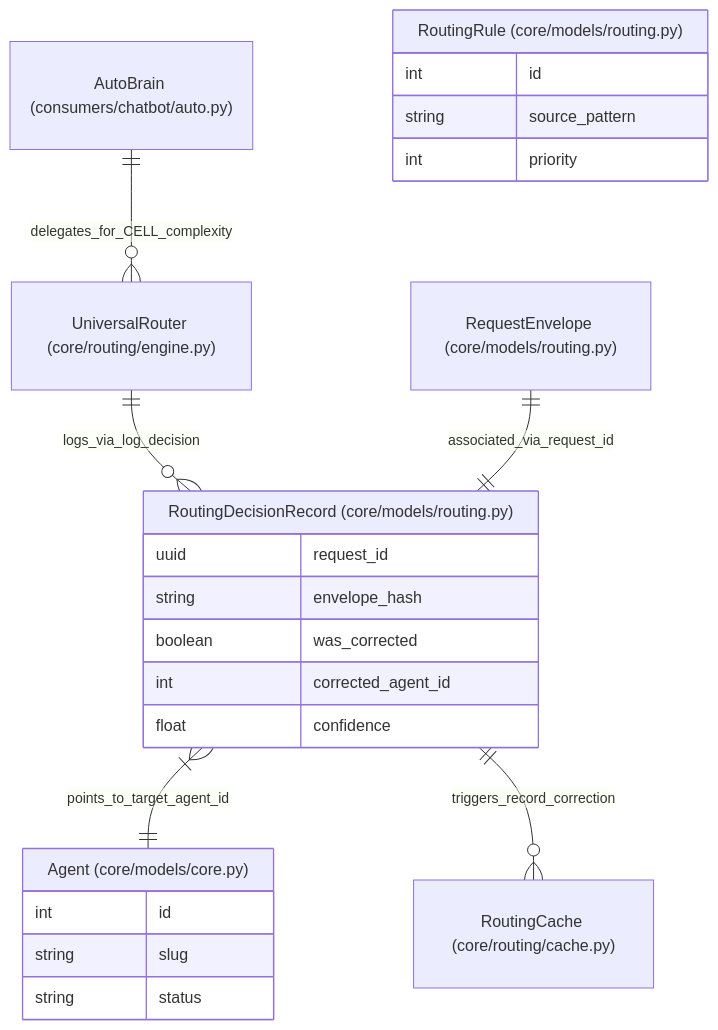
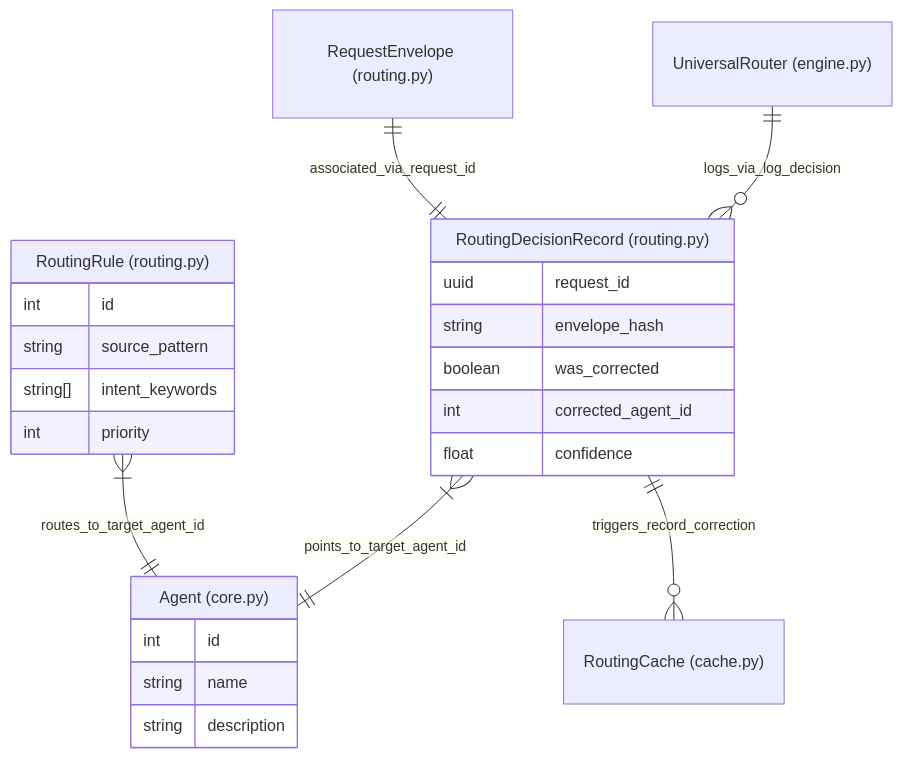
Before and after one commit to AutomatosAI/automatos-ai: the second of 2 diagrams in docs/universal-router/routing-corrections-learning.md, drawn with Mermaid. The commit also changed other lines of this file and 153 other files, not shown here.

````diff
--- a/docs/universal-router/routing-corrections-learning.md
+++ b/docs/universal-router/routing-corrections-learning.md
@@ -199,28 +166,29 @@
 ```mermaid
 erDiagram
-    "UniversalRouter (core/routing/engine.py)" ||--o{ "RoutingDecisionRecord (core/models/routing.py)" : "logs_via_log_decision"
-    "RoutingDecisionRecord (core/models/routing.py)" }|--|| "Agent (core/models/core.py)" : "points_to_target_agent_id"
-    "RoutingDecisionRecord (core/models/routing.py)" ||--o{ "RoutingCache (core/routing/cache.py)" : "triggers_record_correction"
-    "AutoBrain (consumers/chatbot/auto.py)" ||--o{ "UniversalRouter (core/routing/engine.py)" : "delegates_for_CELL_complexity"
-    "RequestEnvelope (core/models/routing.py)" ||--|| "RoutingDecisionRecord (core/models/routing.py)" : "associated_via_request_id"
+    "UniversalRouter (engine.py)" ||--o{ "RoutingDecisionRecord (routing.py)" : "logs_via_log_decision"
+    "RoutingDecisionRecord (routing.py)" }|--|| "Agent (core.py)" : "points_to_target_agent_id"
+    "RoutingDecisionRecord (routing.py)" ||--o{ "RoutingCache (cache.py)" : "triggers_record_correction"
+    "RoutingRule (routing.py)" }|--|| "Agent (core.py)" : "routes_to_target_agent_id"
+    "RequestEnvelope (routing.py)" ||--|| "RoutingDecisionRecord (routing.py)" : "associated_via_request_id"
     
-    "RoutingDecisionRecord (core/models/routing.py)" {
+    "RoutingDecisionRecord (routing.py)" {
         uuid request_id
         string envelope_hash
         boolean was_corrected
         int corrected_agent_id
         float confidence
     }
     
-    "Agent (core/models/core.py)" {
+    "Agent (core.py)" {
         int id
-        string slug
-        string status
+        string name
+        string description
     }
 
-    "RoutingRule (core/models/routing.py)" {
+    "RoutingRule (routing.py)" {
         int id
         string source_pattern
+        string[] intent_keywords
         int priority
     }
 ```
````
